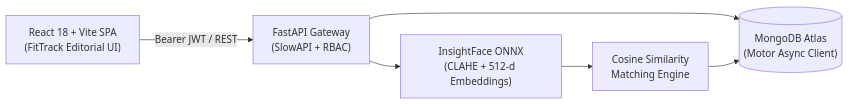
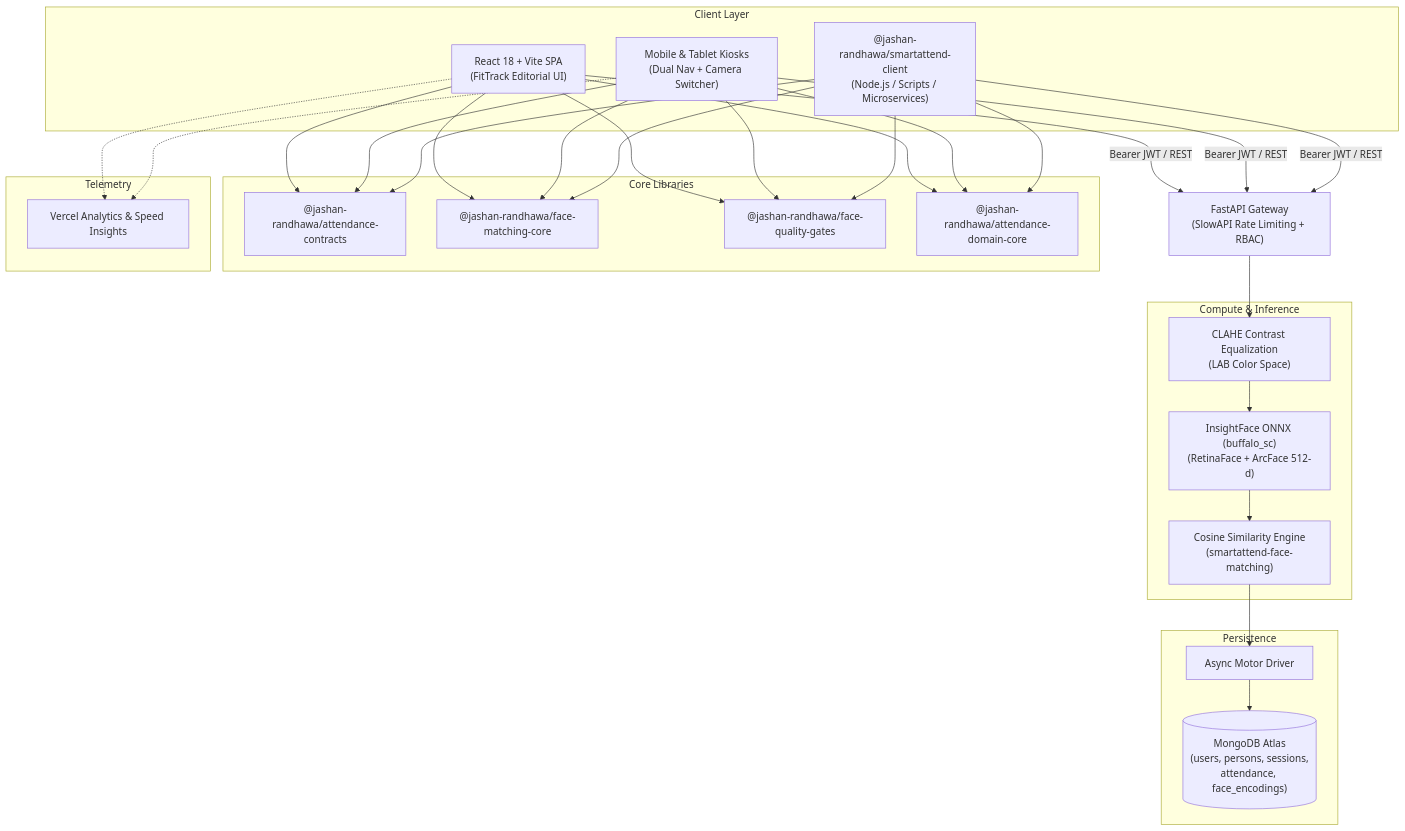
Before and after one commit to Jashan-randhawa/AI-Attendance-System: the diagram in README.md, drawn with Mermaid. The commit also changed other lines of this file, not shown here.

Commit message:
docs: update README with modular monorepo packages, mobile dual navigation, and security architecture

````diff
--- a/README.md
+++ b/README.md
@@ -79,8 +71,43 @@
 ```mermaid
-flowchart LR
-    Client["React 18 + Vite SPA\n(FitTrack Editorial UI)"] -- "Bearer JWT / REST" --> API["FastAPI Gateway\n(SlowAPI + RBAC)"]
-    API --> Vision["InsightFace ONNX\n(CLAHE + 512-d Embeddings)"]
-    API --> DB[("MongoDB Atlas\n(Motor Async Client)")]
-    Vision --> Sim["Cosine Similarity\nMatching Engine"]
-    Sim --> DB
+flowchart TD
+    subgraph Client Layer
+        Web["React 18 + Vite SPA\n(FitTrack Editorial UI)"]
+        Mobile["Mobile & Tablet Kiosks\n(Dual Nav + Camera Switcher)"]
+        SDK["@jashan-randhawa/smartattend-client\n(Node.js / Scripts / Microservices)"]
+    end
+
+    subgraph Core Libraries
+        Contracts["@jashan-randhawa/attendance-contracts"]
+        MatchingCore["@jashan-randhawa/face-matching-core"]
+        QualityCore["@jashan-randhawa/face-quality-gates"]
+        DomainCore["@jashan-randhawa/attendance-domain-core"]
+    end
+
+    Web & Mobile & SDK --> Contracts
+    Web & Mobile & SDK --> QualityCore
+    Web & Mobile & SDK --> MatchingCore
+    Web & Mobile & SDK --> DomainCore
+
+    Web & Mobile & SDK -- "Bearer JWT / REST" --> Gateway["FastAPI Gateway\n(SlowAPI Rate Limiting + RBAC)"]
+
+    subgraph Compute & Inference
+        CLAHE["CLAHE Contrast Equalization\n(LAB Color Space)"]
+        InsightFace["InsightFace ONNX (buffalo_sc)\n(RetinaFace + ArcFace 512-d)"]
+        Matcher["Cosine Similarity Engine\n(smartattend-face-matching)"]
+    end
+
+    Gateway --> CLAHE --> InsightFace --> Matcher
+
+    subgraph Persistence
+        Motor["Async Motor Driver"]
+        DB[("MongoDB Atlas\n(users, persons, sessions,\nattendance, face_encodings)")]
+    end
+
+    Matcher --> Motor --> DB
+
+    subgraph Telemetry
+        Vercel["Vercel Analytics & Speed Insights"]
+    end
+
+    Web & Mobile -.-> Vercel
 ```
````
